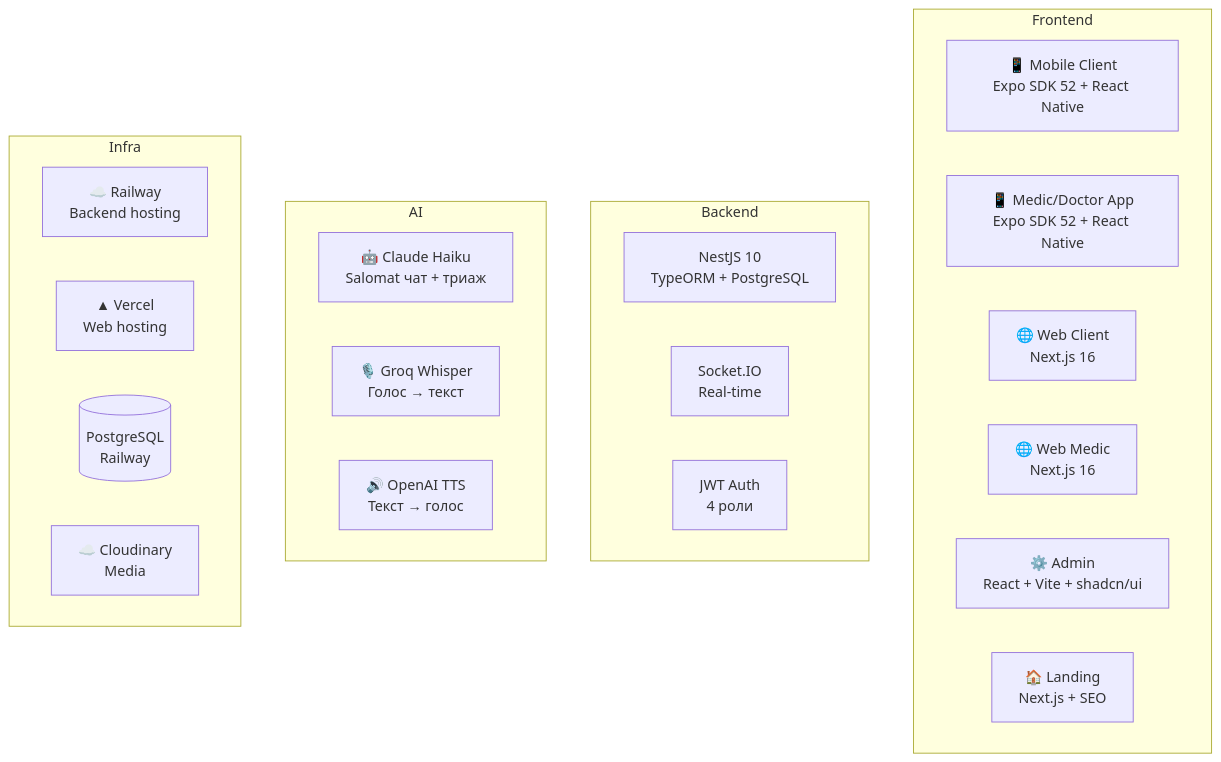
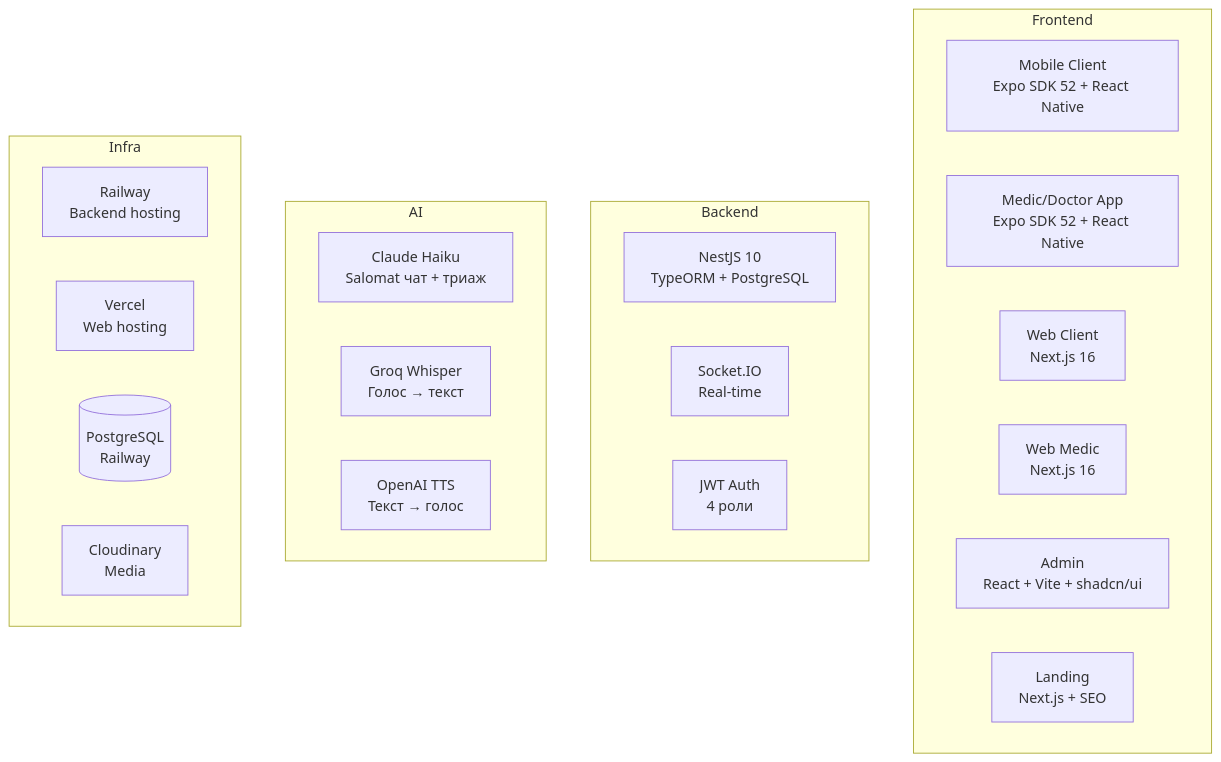
The ninth of 10 diagrams in docs/SYSTEM_FLOW.md (abubakirilhomov/hamshiraGo), drawn with Mermaid before and after one commit. The commit also changed other lines of this file and 1 other file, not shown here.

First line of the commit message:
fix(docs): remove emoji + fix quotes in Mermaid diagrams

````diff
--- a/docs/SYSTEM_FLOW.md
+++ b/docs/SYSTEM_FLOW.md
@@ -321,30 +321,30 @@
 ```mermaid
 graph TB
     subgraph Frontend
-        M1[📱 Mobile Client<br/>Expo SDK 52 + React Native]
-        M2[📱 Medic/Doctor App<br/>Expo SDK 52 + React Native]
-        W1[🌐 Web Client<br/>Next.js 16]
-        W2[🌐 Web Medic<br/>Next.js 16]
-        A1[⚙️ Admin<br/>React + Vite + shadcn/ui]
-        L1[🏠 Landing<br/>Next.js + SEO]
+        M1[Mobile Client<br/>Expo SDK 52 + React Native]
+        M2[Medic/Doctor App<br/>Expo SDK 52 + React Native]
+        W1[Web Client<br/>Next.js 16]
+        W2[Web Medic<br/>Next.js 16]
+        A1[Admin<br/>React + Vite + shadcn/ui]
+        L1[Landing<br/>Next.js + SEO]
     end
 
     subgraph Backend
         N1[NestJS 10<br/>TypeORM + PostgreSQL]
         N2[Socket.IO<br/>Real-time]
         N3[JWT Auth<br/>4 роли]
     end
 
     subgraph AI
-        AI1[🤖 Claude Haiku<br/>Salomat чат + триаж]
-        AI2[🎙️ Groq Whisper<br/>Голос → текст]
-        AI3[🔊 OpenAI TTS<br/>Текст → голос]
+        AI1[Claude Haiku<br/>Salomat чат + триаж]
+        AI2[Groq Whisper<br/>Голос → текст]
+        AI3[OpenAI TTS<br/>Текст → голос]
     end
 
     subgraph Infra
-        RW[☁️ Railway<br/>Backend hosting]
-        VR[▲ Vercel<br/>Web hosting]
+        RW[Railway<br/>Backend hosting]
+        VR[Vercel<br/>Web hosting]
         PG[(PostgreSQL<br/>Railway)]
-        CD[☁️ Cloudinary<br/>Media]
+        CD[Cloudinary<br/>Media]
     end
 ```
````
